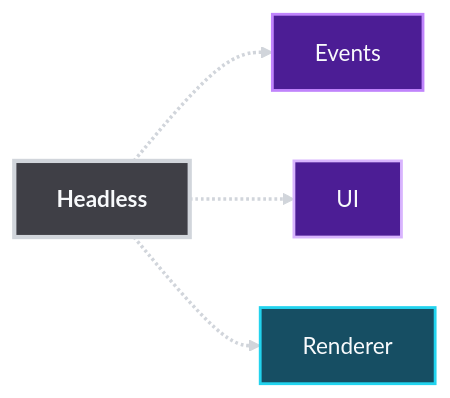
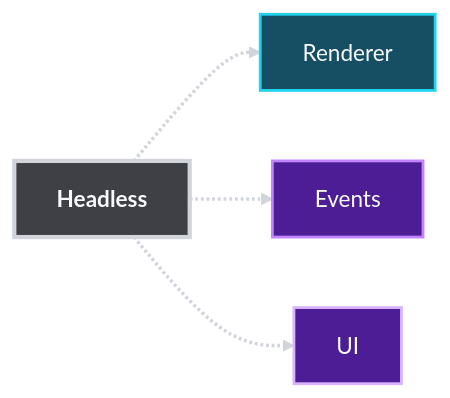
One commit to chetjones003/GoSurvey changed diagram 21 of 42 in docs/architecture/system-dependencies.md. Above: the diagram before and after it, drawn with Mermaid. The commit also changed other lines of this file and 3 other files, not shown here.

First line of the commit message:
tools: structure diagram generator and check it in CI

````diff
--- a/docs/architecture/system-dependencies.md
+++ b/docs/architecture/system-dependencies.md
@@ -510,17 +512,17 @@
 ```mermaid
 flowchart LR
   phead__src["<b>Headless</b>"]
+  phead__renderer["Renderer"]
   phead__events["Events"]
   phead__ui["UI"]
-  phead__renderer["Renderer"]
+  phead__src -.-> phead__renderer
   phead__src -.-> phead__events
   phead__src -.-> phead__ui
-  phead__src -.-> phead__renderer
   style phead__src fill:#3f3f46,stroke:#d1d5db,stroke-width:3px,color:#f8fafc
+  style phead__renderer fill:#164e63,stroke:#22d3ee,stroke-width:2px,color:#f8fafc
   style phead__events fill:#4c1d95,stroke:#c084fc,stroke-width:2px,color:#f8fafc
   style phead__ui fill:#4c1d95,stroke:#d8b4fe,stroke-width:2px,color:#f8fafc
-  style phead__renderer fill:#164e63,stroke:#22d3ee,stroke-width:2px,color:#f8fafc
   linkStyle 0 stroke:#d1d5db,stroke-width:2.5px
   linkStyle 1 stroke:#d1d5db,stroke-width:2.5px
   linkStyle 2 stroke:#d1d5db,stroke-width:2.5px
 ```
````
